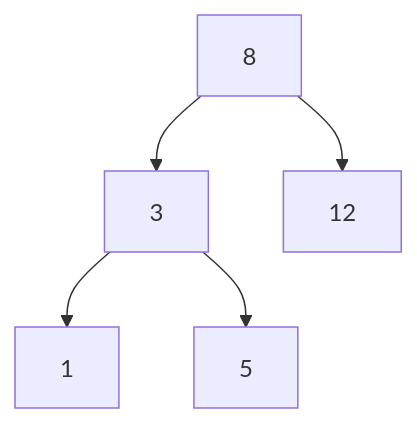
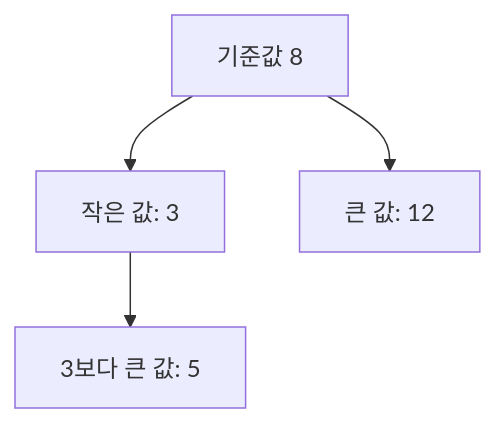
One commit to moocongpapa/it-study changed the diagram in content/topics/trees-bst.md. Above: the diagram before and after it, drawn with Mermaid. The commit also changed other lines of this file and 71 other files, not shown here.

````diff
--- a/content/topics/trees-bst.md
+++ b/content/topics/trees-bst.md
@@ -6,7 +20,6 @@
 ```mermaid
 flowchart TD
-  A["8"] --> B["3"]
-  A --> C["12"]
-  B --> D["1"]
-  B --> E["5"]
+ A["기준값 8"] --> B["작은 값: 3"]
+ A --> C["큰 값: 12"]
+ B --> D["3보다 큰 값: 5"]
 ```
````
